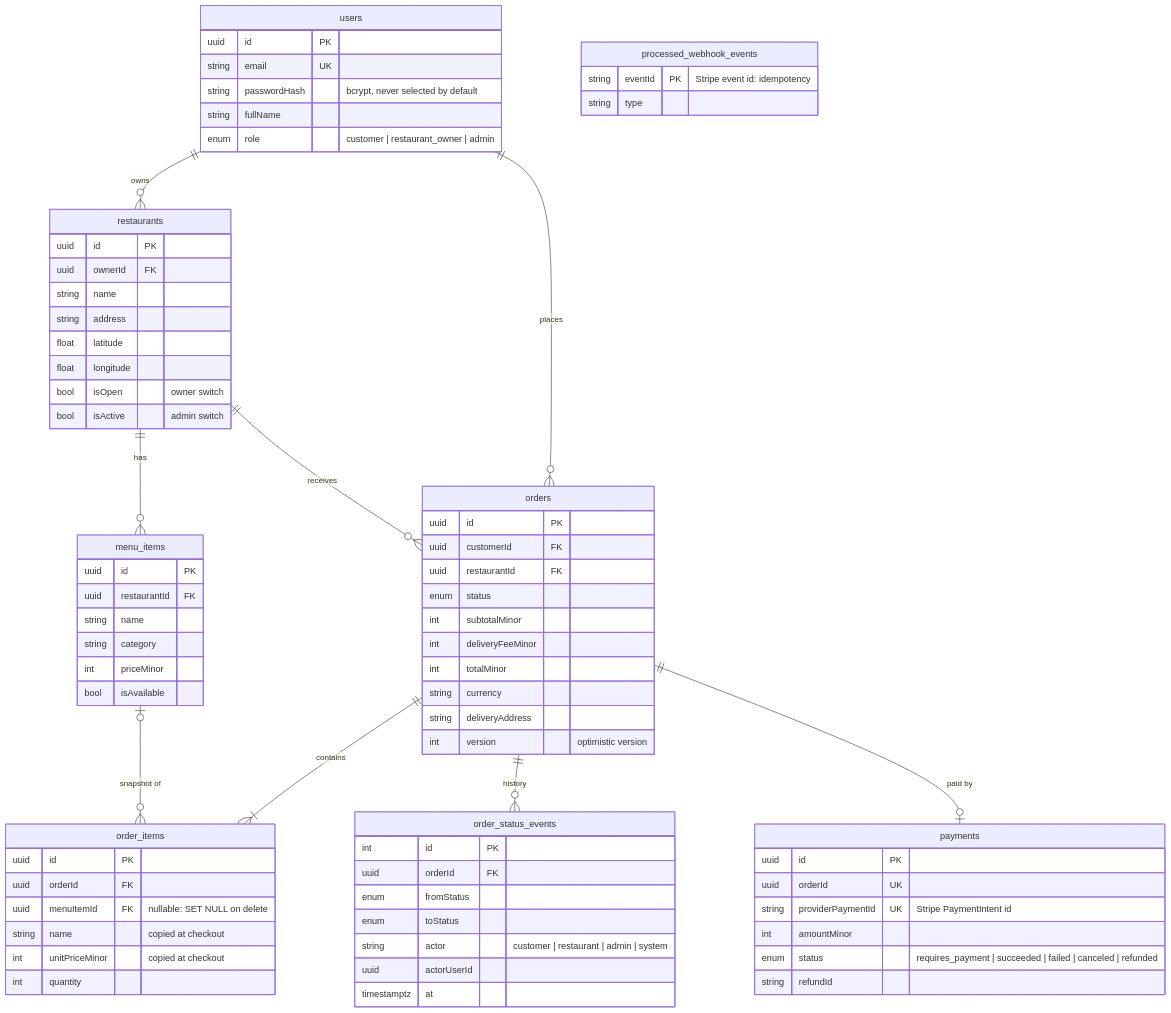
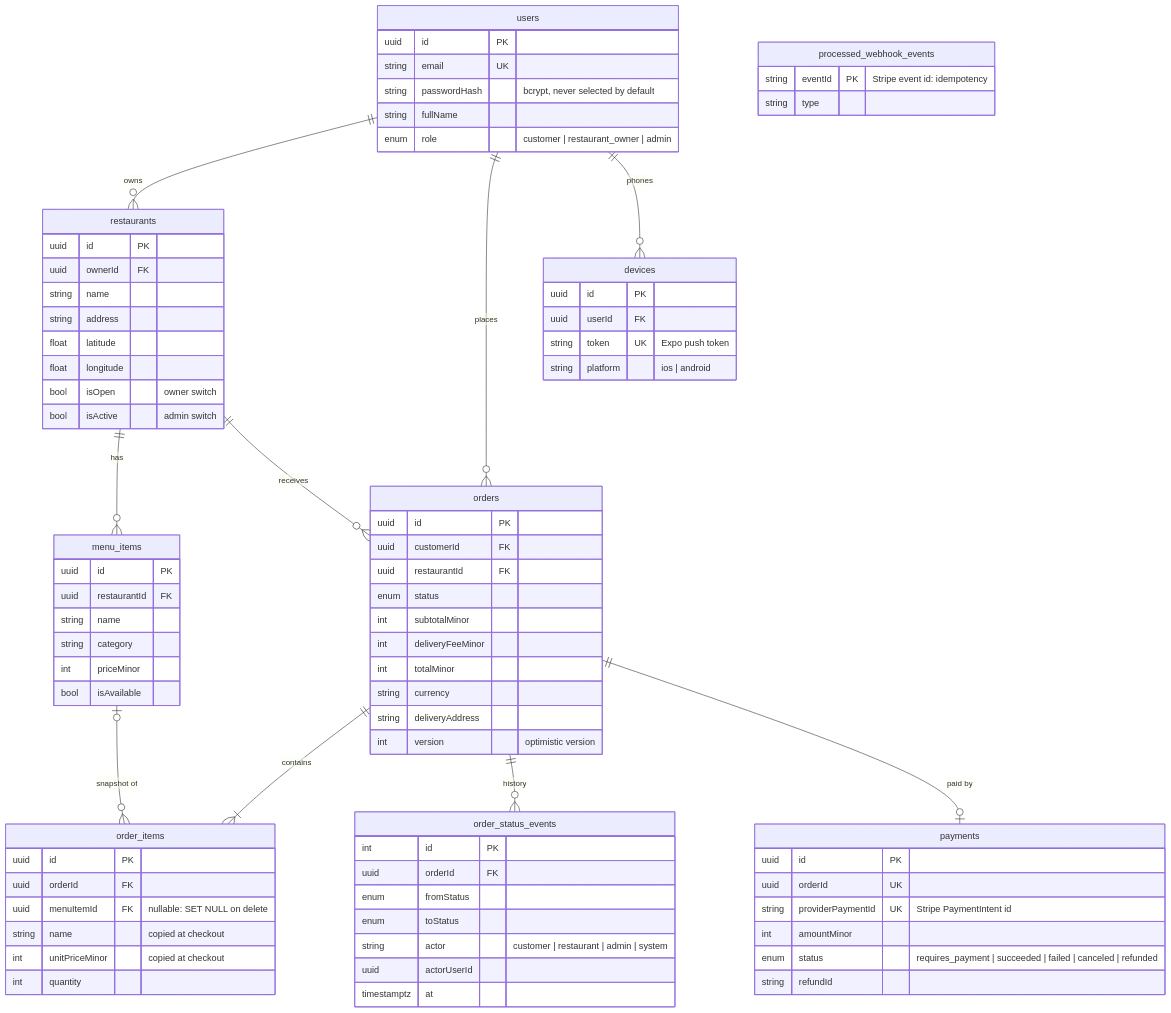
One commit to rkparupudi/bitebox-api changed the second of 4 diagrams in README.md. Above: the diagram before and after it, drawn with Mermaid. The commit also changed other lines of this file and 2 other files, not shown here.

First line of the commit message:
Docs: mobile apps share this API; push notifications; mobile release steps

```diff
--- a/README.md
+++ b/README.md
@@ -311,6 +321,7 @@
     orders ||--|{ order_items : contains
     orders ||--o{ order_status_events : "history"
     orders ||--o| payments : "paid by"
+    users ||--o{ devices : "phones"
     menu_items |o--o{ order_items : "snapshot of"
 
     users {
@@ -375,6 +386,12 @@
         enum status "requires_payment | succeeded | failed | canceled | refunded"
         string refundId
     }
+    devices {
+        uuid id PK
+        uuid userId FK
+        string token UK "Expo push token"
+        string platform "ios | android"
+    }
     processed_webhook_events {
         string eventId PK "Stripe event id: idempotency"
         string type
```
